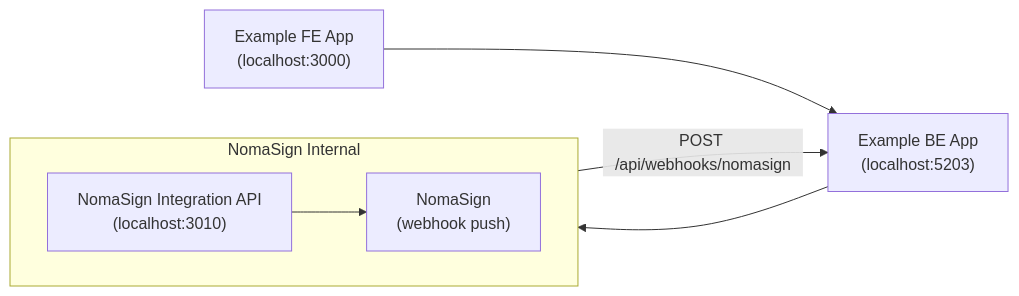
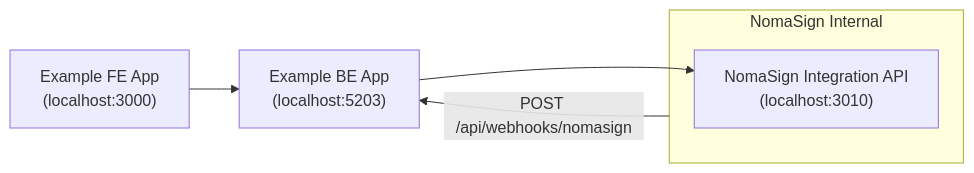
One commit to Nomasign/IntegrationExamples changed the diagram in README.md. Above: the diagram before and after it, drawn with Mermaid.

Commit message:
Diagram: NomaSign Internal as block, webhook from block not API

````diff
--- a/README.md
+++ b/README.md
@@ -7,13 +7,11 @@
 ```mermaid
 graph LR
     UI["Example FE App<br/>(localhost:3000)"] --> Backend["Example BE App<br/>(localhost:5203)"]
     Backend --> API["NomaSign Integration API<br/>(localhost:3010)"]
-    API --> Webhook["NomaSign<br/>(webhook push)"]
-    Webhook -->|"POST /api/webhooks/nomasign"| Backend
 
-    subgraph NomaSign Internal
-        direction LR
+    subgraph NomaSign["NomaSign Internal"]
         API
-        Webhook
     end
+
+    NomaSign -->|"POST /api/webhooks/nomasign"| Backend
 ```
````
